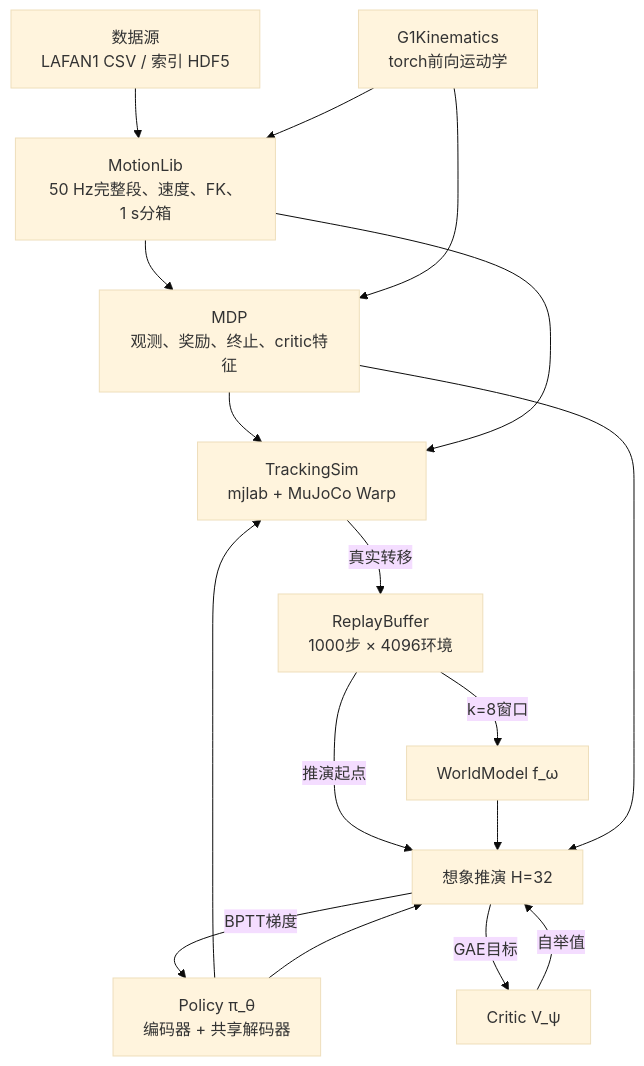
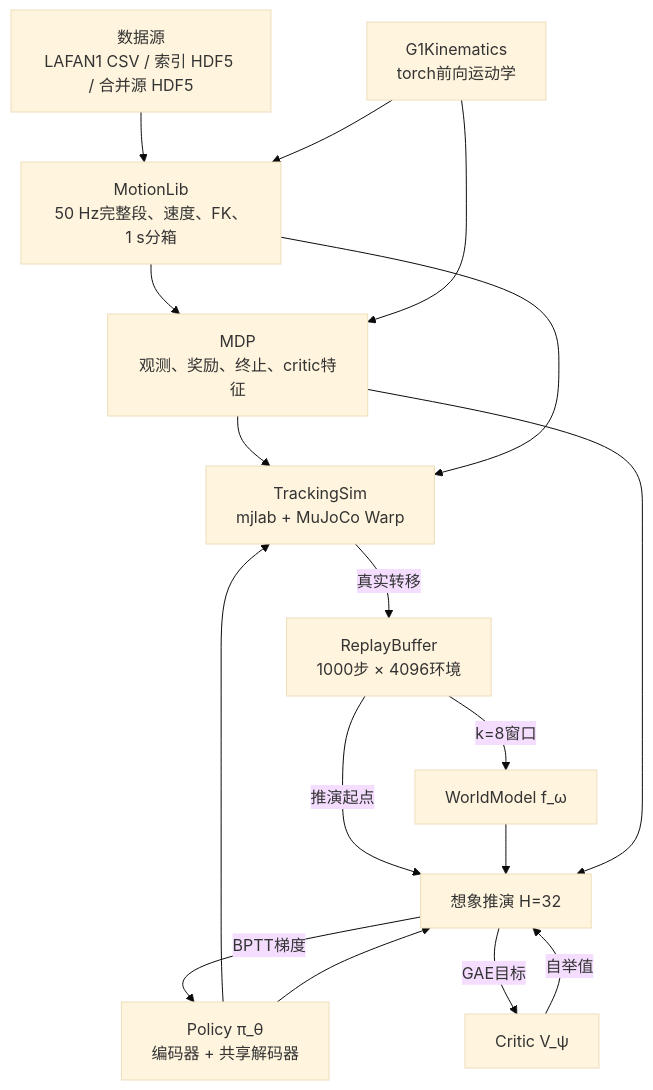
The first of 11 diagrams in docs/analysis/training_pipeline.md (RaraAlu/Supermimic), drawn with Mermaid (base theme) before and after one commit. The commit also changed other lines of this file and 12 other files, not shown here.

````diff
--- a/docs/analysis/training_pipeline.md
+++ b/docs/analysis/training_pipeline.md
@@ -14,19 +14,19 @@
 ```mermaid
 flowchart TD
-    DATA["数据源<br/>LAFAN1 CSV / 索引 HDF5"] --> ML["MotionLib<br/>50 Hz完整段、速度、FK、1 s分箱"]
+    DATA["数据源<br/>LAFAN1 CSV / 索引 HDF5 / 合并源 HDF5"] --> ML["MotionLib<br/>50 Hz完整段、速度、FK、1 s分箱"]
     FK["G1Kinematics<br/>torch前向运动学"] --> ML
     ML --> MDP["MDP<br/>观测、奖励、终止、critic特征"]
     FK --> MDP
     MDP --> SIM["TrackingSim<br/>mjlab + MuJoCo Warp"]
     ML --> SIM
     SIM -->|"真实转移"| BUF["ReplayBuffer<br/>1000步 × 4096环境"]
     BUF -->|"k=8窗口"| WM["WorldModel f_ω"]
     BUF -->|"推演起点"| IMG["想象推演 H=32"]
     WM --> IMG
     MDP --> IMG
     PI["Policy π_θ<br/>编码器 + 共享解码器"] --> SIM
     PI --> IMG
     IMG -->|"BPTT梯度"| PI
     IMG -->|"GAE目标"| V["Critic V_ψ"]
     V -->|"自举值"| IMG
 ```
````
